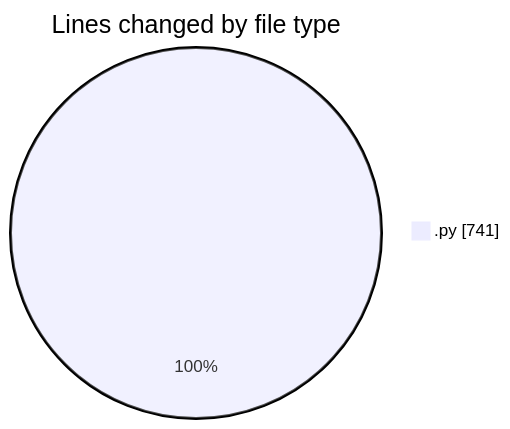
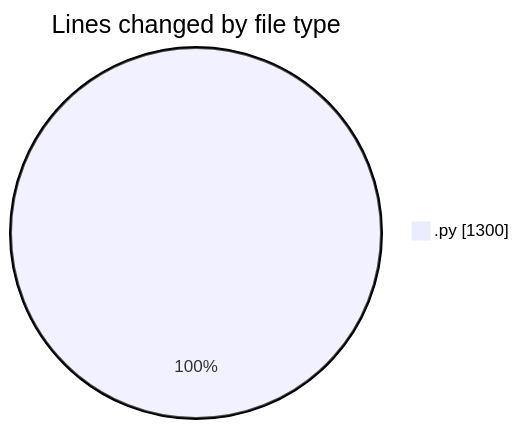
One commit to julien-gomy/code-tracking changed the first of 2 diagrams in 2025-10-10/eventscop-api-guide__workspace_/README.md. Above: the diagram before and after it, drawn with Mermaid. The commit also changed other lines of this file and 1 other file, not shown here.

````diff
--- a/2025-10-10/eventscop-api-guide__workspace_/README.md
+++ b/2025-10-10/eventscop-api-guide__workspace_/README.md
@@ -23,5 +23,5 @@
 ```mermaid
 pie showData
 title Lines changed by file type
-".py" : 741
+".py" : 1300
 ```
````
